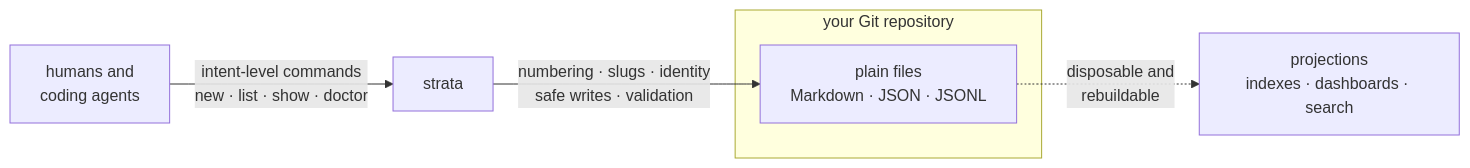
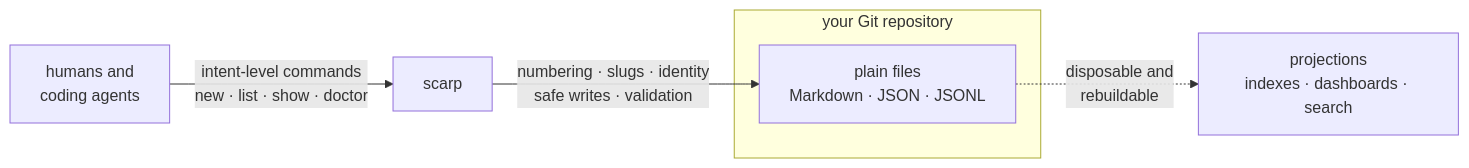
One commit to henry-filgueiras/scarp changed the first of 2 diagrams in README.md. Above: the diagram before and after it, drawn with Mermaid. The commit also changed other lines of this file and 42 other files, not shown here.

````diff
--- a/README.md
+++ b/README.md
@@ -80,9 +82,9 @@
 ```mermaid
 flowchart LR
-    caller["humans and<br/>coding agents"] -- "intent-level commands<br/>new · list · show · doctor" --> cli["strata"]
+    caller["humans and<br/>coding agents"] -- "intent-level commands<br/>new · list · show · doctor" --> cli["scarp"]
     cli -- "numbering · slugs · identity<br/>safe writes · validation" --> files
     subgraph repo["your Git repository"]
         files["plain files<br/>Markdown · JSON · JSONL"]
     end
     files -. "disposable and<br/>rebuildable" .-> proj["projections<br/>indexes · dashboards · search"]
 ```
````
